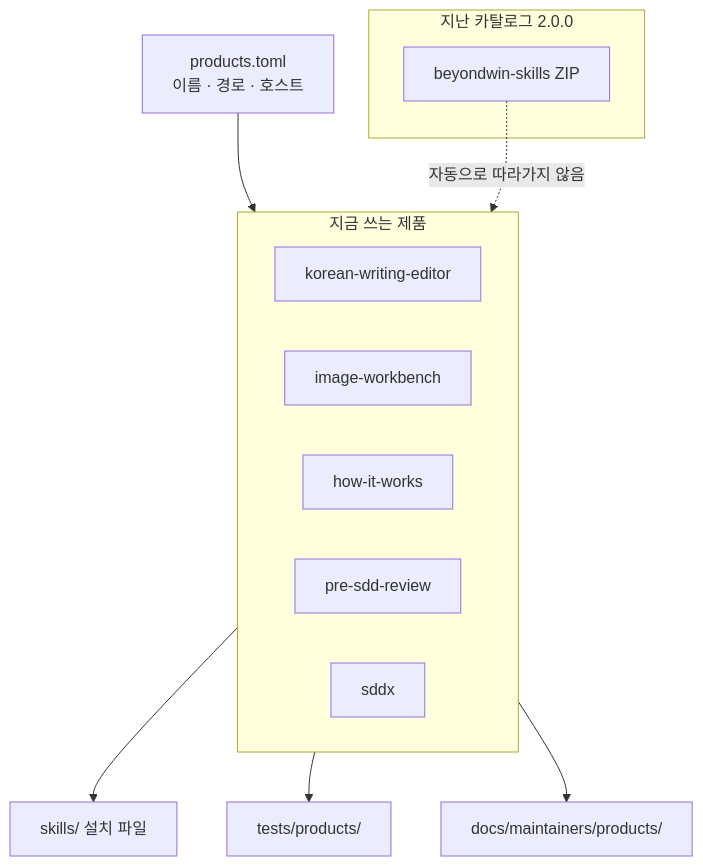
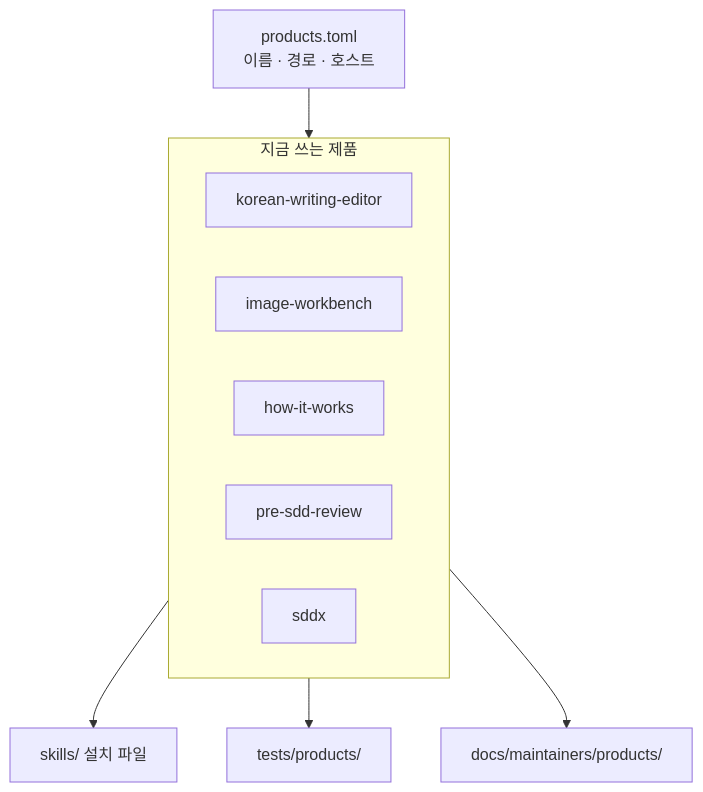
One commit to beyondwin/skills changed the diagram in docs/maintainers/repository/architecture.md. Above: the diagram before and after it, drawn with Mermaid. The commit also changed other lines of this file and 56 other files, not shown here.

First line of the commit message:
chore!: remove the retired beyondwin-skills catalog and Archive import record

````diff
--- a/docs/maintainers/repository/architecture.md
+++ b/docs/maintainers/repository/architecture.md
@@ -17,19 +12,15 @@
 ```mermaid
 flowchart TB
   R["products.toml<br/>이름 · 경로 · 호스트"]
   subgraph live ["지금 쓰는 제품"]
     K[korean-writing-editor]
     I[image-workbench]
     H[how-it-works]
     P[pre-sdd-review]
     S[sddx]
   end
   R --> live
   live --> SK["skills/ 설치 파일"]
   live --> T["tests/products/"]
   live --> D["docs/maintainers/products/"]
-  subgraph frozen ["지난 카탈로그 2.0.0"]
-    C["beyondwin-skills ZIP"]
-  end
-  C -.->|"자동으로 따라가지 않음"| live
 ```
````
